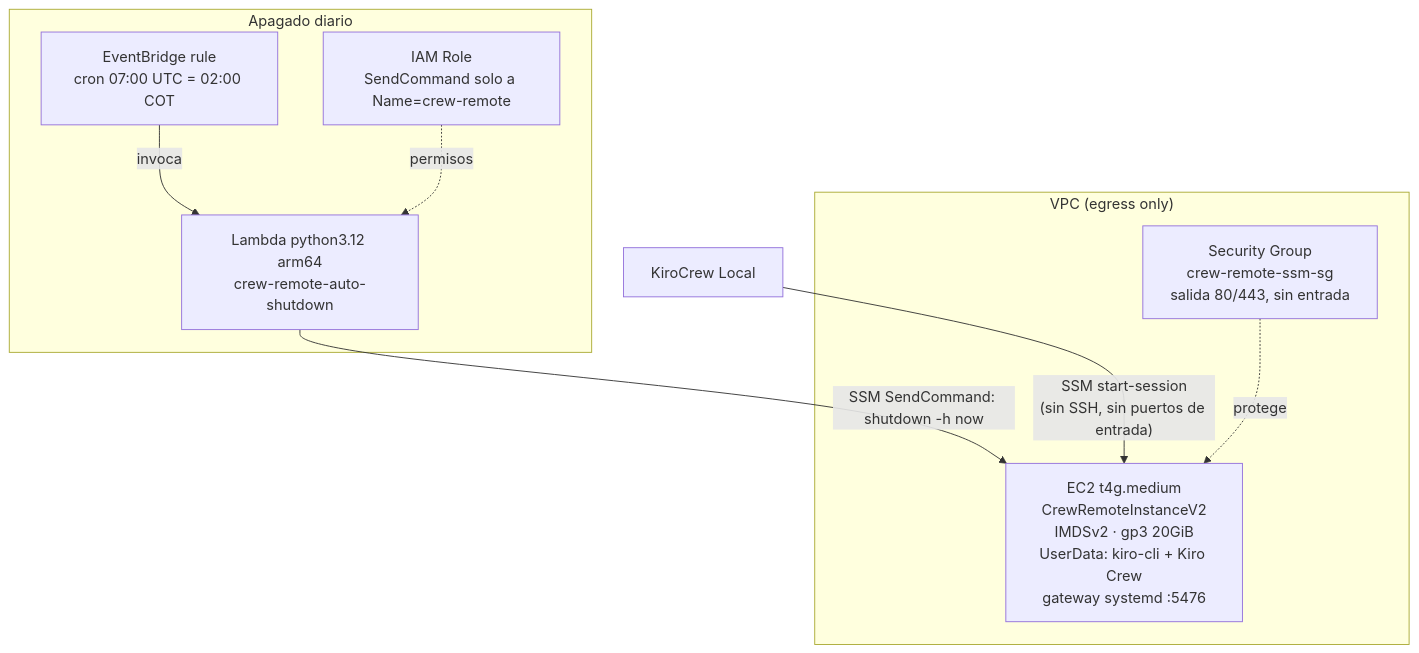
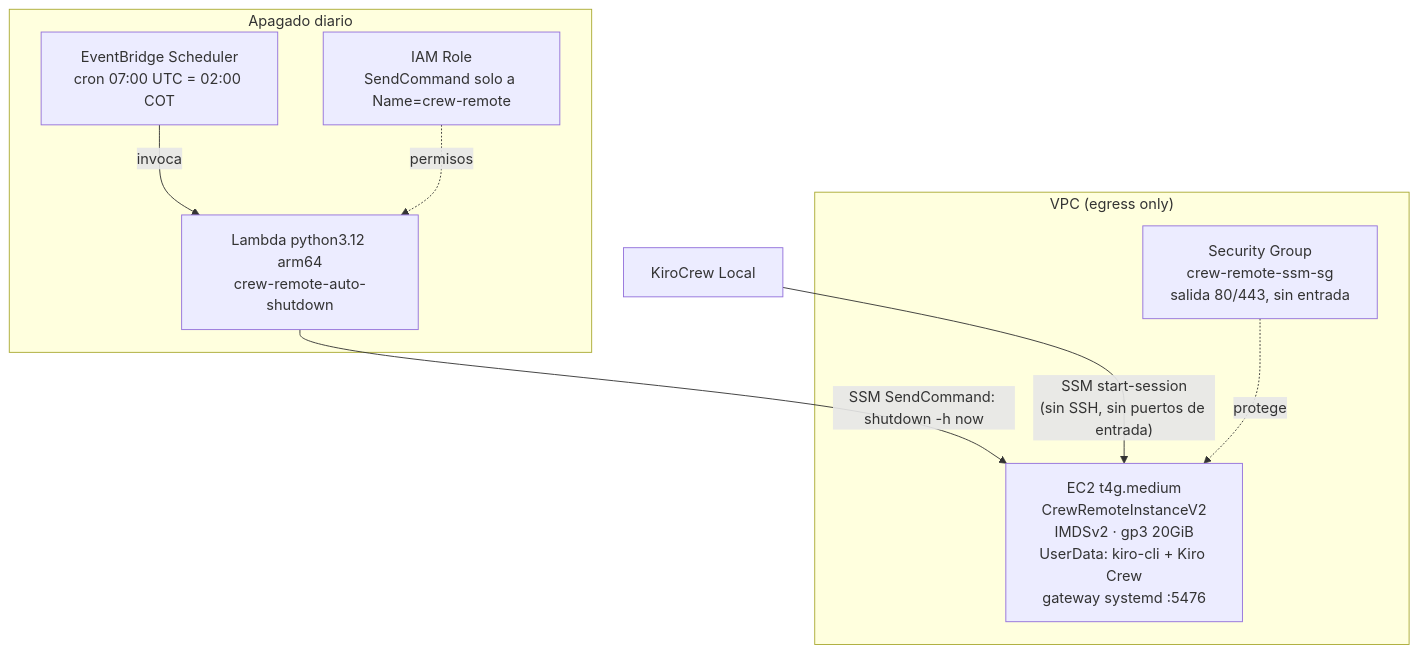
The diagram in README.md (londoso/kiro-remote-ssm), drawn with Mermaid before and after one commit. The commit also changed other lines of this file, not shown here.

First line of the commit message:
docs: rename to kiro-remote-ssm, fix EventBridge Scheduler references

````diff
--- a/README.md
+++ b/README.md
@@ -8,19 +12,19 @@
 ```mermaid
 flowchart TB
     subgraph VPC["VPC (egress only)"]
         EC2["EC2 t4g.medium<br/>CrewRemoteInstanceV2<br/>IMDSv2 · gp3 20GiB<br/>UserData: kiro-cli + Kiro Crew<br/>gateway systemd :5476"]
         SG["Security Group<br/>crew-remote-ssm-sg<br/>salida 80/443, sin entrada"]
         SG -.protege.-> EC2
     end
 
     subgraph SHUTDOWN["Apagado diario"]
-        EB["EventBridge rule<br/>cron 07:00 UTC = 02:00 COT"]
+        EB["EventBridge Scheduler<br/>cron 07:00 UTC = 02:00 COT"]
         LAMBDA["Lambda python3.12 arm64<br/>crew-remote-auto-shutdown"]
         LROLE["IAM Role<br/>SendCommand solo a Name=crew-remote"]
         EB -- invoca --> LAMBDA
         LROLE -.permisos.-> LAMBDA
     end
 
     LAMBDA -- "SSM SendCommand: shutdown -h now" --> EC2
     DEV["KiroCrew Local"] -- "SSM start-session<br/>(sin SSH, sin puertos de entrada)" --> EC2
 ```
````
